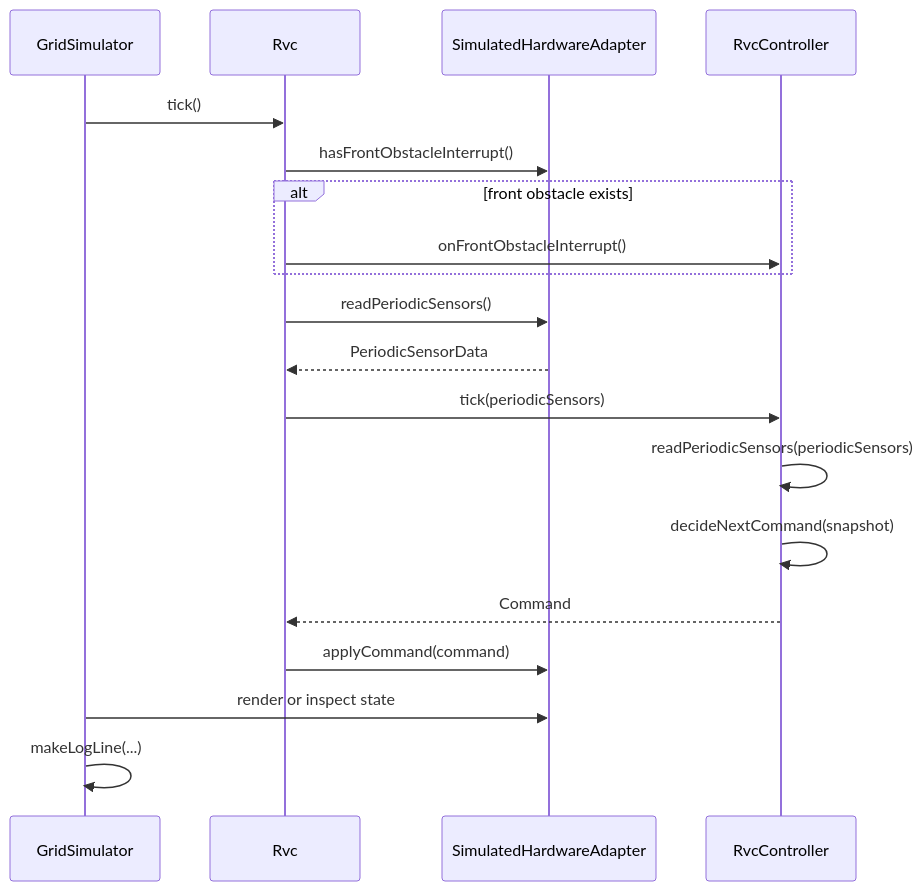
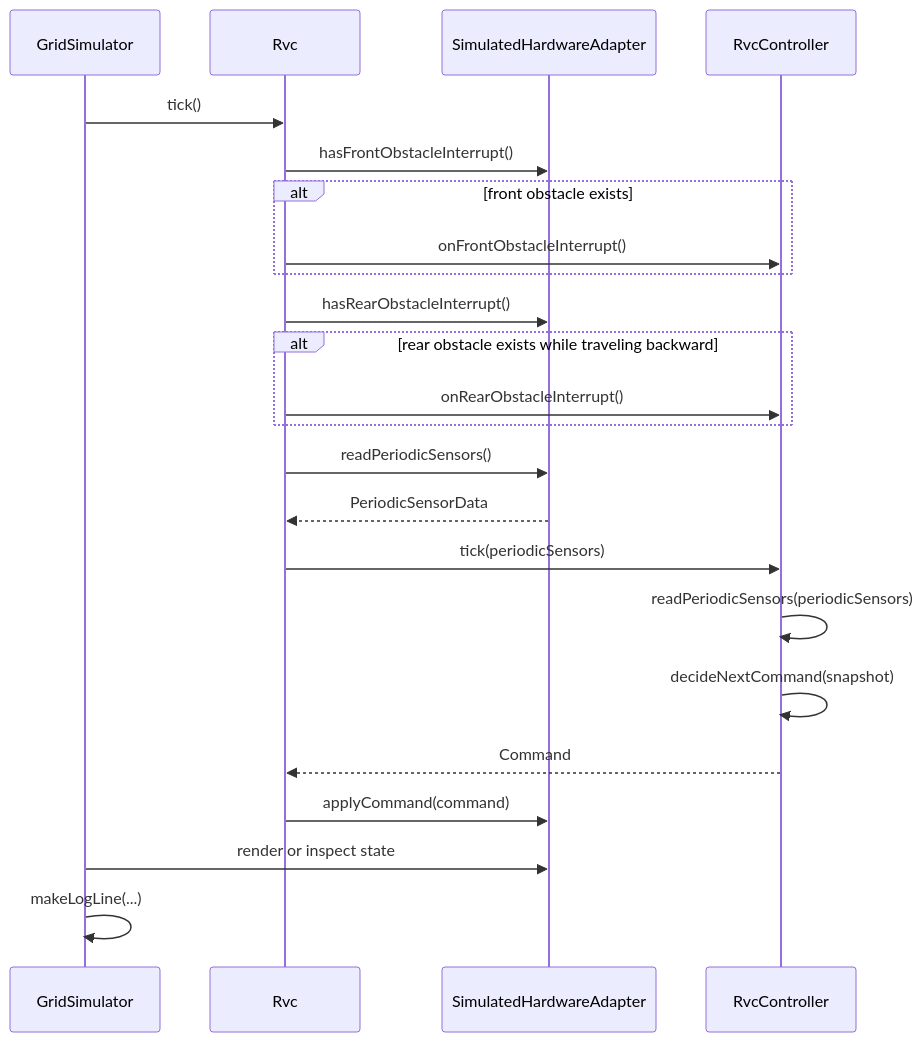
One commit to reload02/ooad-vibe changed the first of 7 diagrams in docs/ood_sequence_diagrams.md. Above: the diagram before and after it, drawn with Mermaid. The commit also changed other lines of this file and 9 other files, not shown here.

````diff
--- a/docs/ood_sequence_diagrams.md
+++ b/docs/ood_sequence_diagrams.md
@@ -9,22 +10,26 @@
 ```mermaid
 sequenceDiagram
     participant Simulator as GridSimulator
     participant Rvc
     participant Adapter as SimulatedHardwareAdapter
     participant Controller as RvcController
 
     Simulator->>Rvc: tick()
     Rvc->>Adapter: hasFrontObstacleInterrupt()
     alt front obstacle exists
         Rvc->>Controller: onFrontObstacleInterrupt()
     end
+    Rvc->>Adapter: hasRearObstacleInterrupt()
+    alt rear obstacle exists while traveling backward
+        Rvc->>Controller: onRearObstacleInterrupt()
+    end
     Rvc->>Adapter: readPeriodicSensors()
     Adapter-->>Rvc: PeriodicSensorData
     Rvc->>Controller: tick(periodicSensors)
     Controller->>Controller: readPeriodicSensors(periodicSensors)
     Controller->>Controller: decideNextCommand(snapshot)
     Controller-->>Rvc: Command
     Rvc->>Adapter: applyCommand(command)
     Simulator->>Adapter: render or inspect state
     Simulator->>Simulator: makeLogLine(...)
 ```
````
